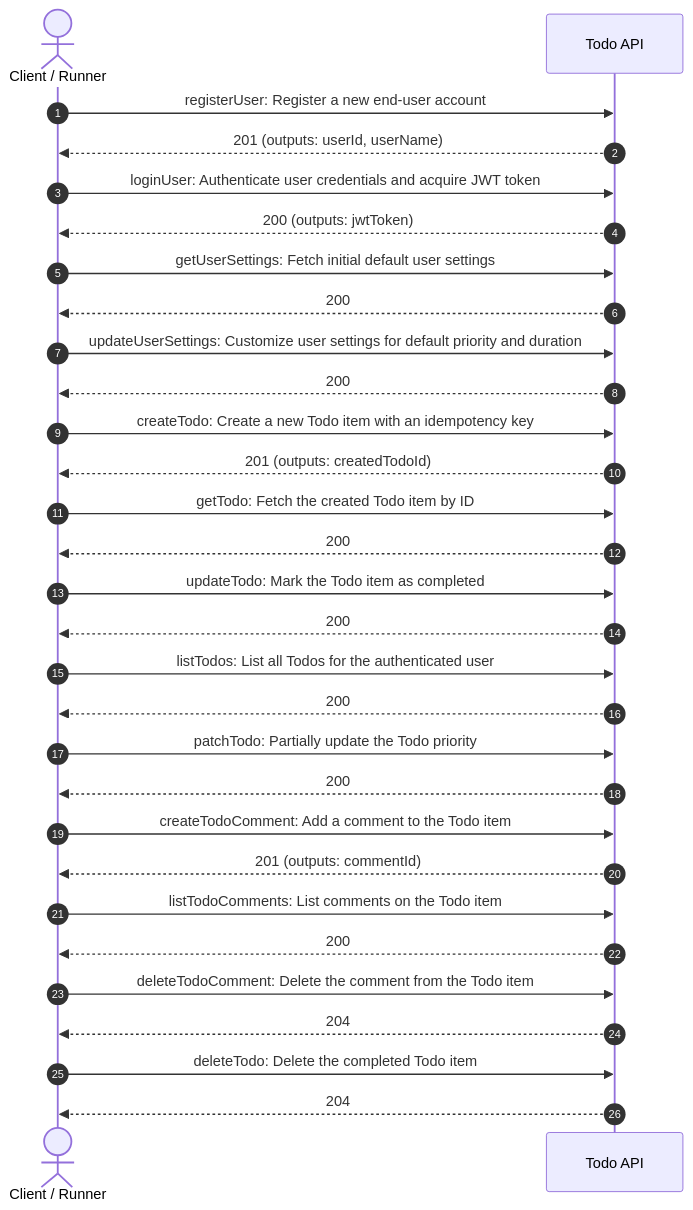
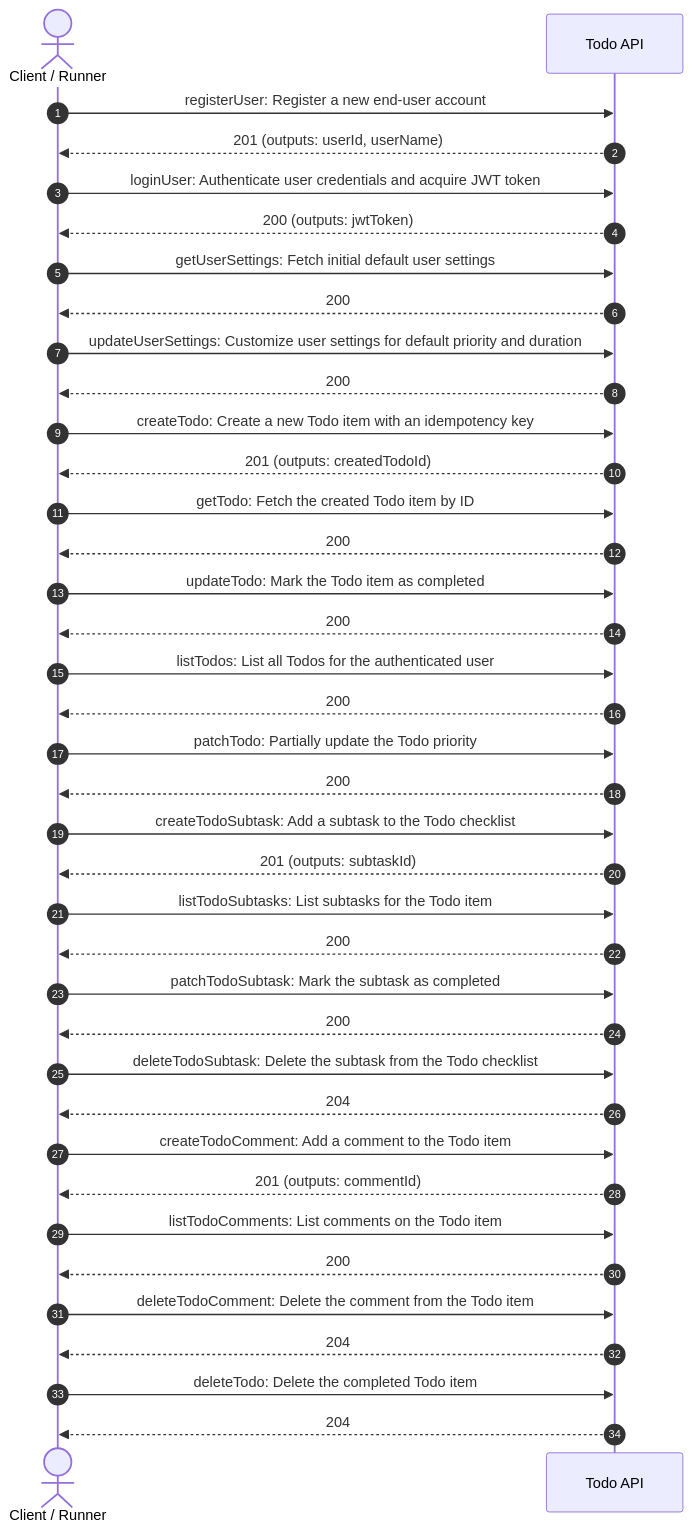
One commit to tom009924/sandbox changed the first of 3 diagrams in docs/workflows/README.md. Above: the diagram before and after it, drawn with Mermaid. The commit also changed 24 other files, not shown here.

First line of the commit message:
feat(todo): add todo subtask checklist endpoints (#137)

````diff
--- a/docs/workflows/README.md
+++ b/docs/workflows/README.md
@@ -16,32 +16,40 @@
 ```mermaid
 sequenceDiagram
     autonumber
     actor Client as Client / Runner
     participant API as Todo API
     Client->>API: registerUser: Register a new end-user account
     API-->>Client: 201 (outputs: userId, userName)
     Client->>API: loginUser: Authenticate user credentials and acquire JWT token
     API-->>Client: 200 (outputs: jwtToken)
     Client->>API: getUserSettings: Fetch initial default user settings
     API-->>Client: 200
     Client->>API: updateUserSettings: Customize user settings for default priority and duration
     API-->>Client: 200
     Client->>API: createTodo: Create a new Todo item with an idempotency key
     API-->>Client: 201 (outputs: createdTodoId)
     Client->>API: getTodo: Fetch the created Todo item by ID
     API-->>Client: 200
     Client->>API: updateTodo: Mark the Todo item as completed
     API-->>Client: 200
     Client->>API: listTodos: List all Todos for the authenticated user
     API-->>Client: 200
     Client->>API: patchTodo: Partially update the Todo priority
     API-->>Client: 200
+    Client->>API: createTodoSubtask: Add a subtask to the Todo checklist
+    API-->>Client: 201 (outputs: subtaskId)
+    Client->>API: listTodoSubtasks: List subtasks for the Todo item
+    API-->>Client: 200
+    Client->>API: patchTodoSubtask: Mark the subtask as completed
+    API-->>Client: 200
+    Client->>API: deleteTodoSubtask: Delete the subtask from the Todo checklist
+    API-->>Client: 204
     Client->>API: createTodoComment: Add a comment to the Todo item
     API-->>Client: 201 (outputs: commentId)
     Client->>API: listTodoComments: List comments on the Todo item
     API-->>Client: 200
     Client->>API: deleteTodoComment: Delete the comment from the Todo item
     API-->>Client: 204
     Client->>API: deleteTodo: Delete the completed Todo item
     API-->>Client: 204
 ```
````
